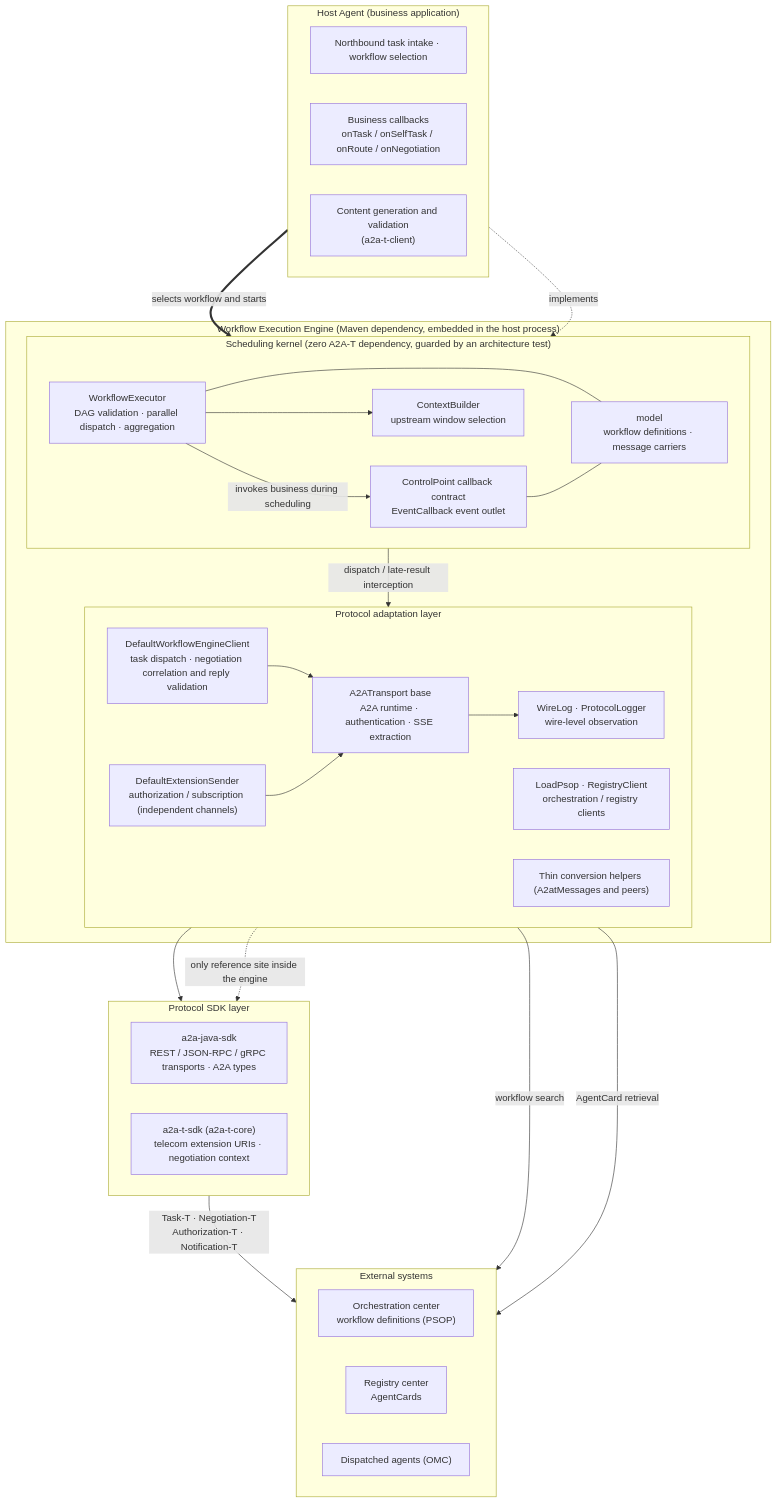
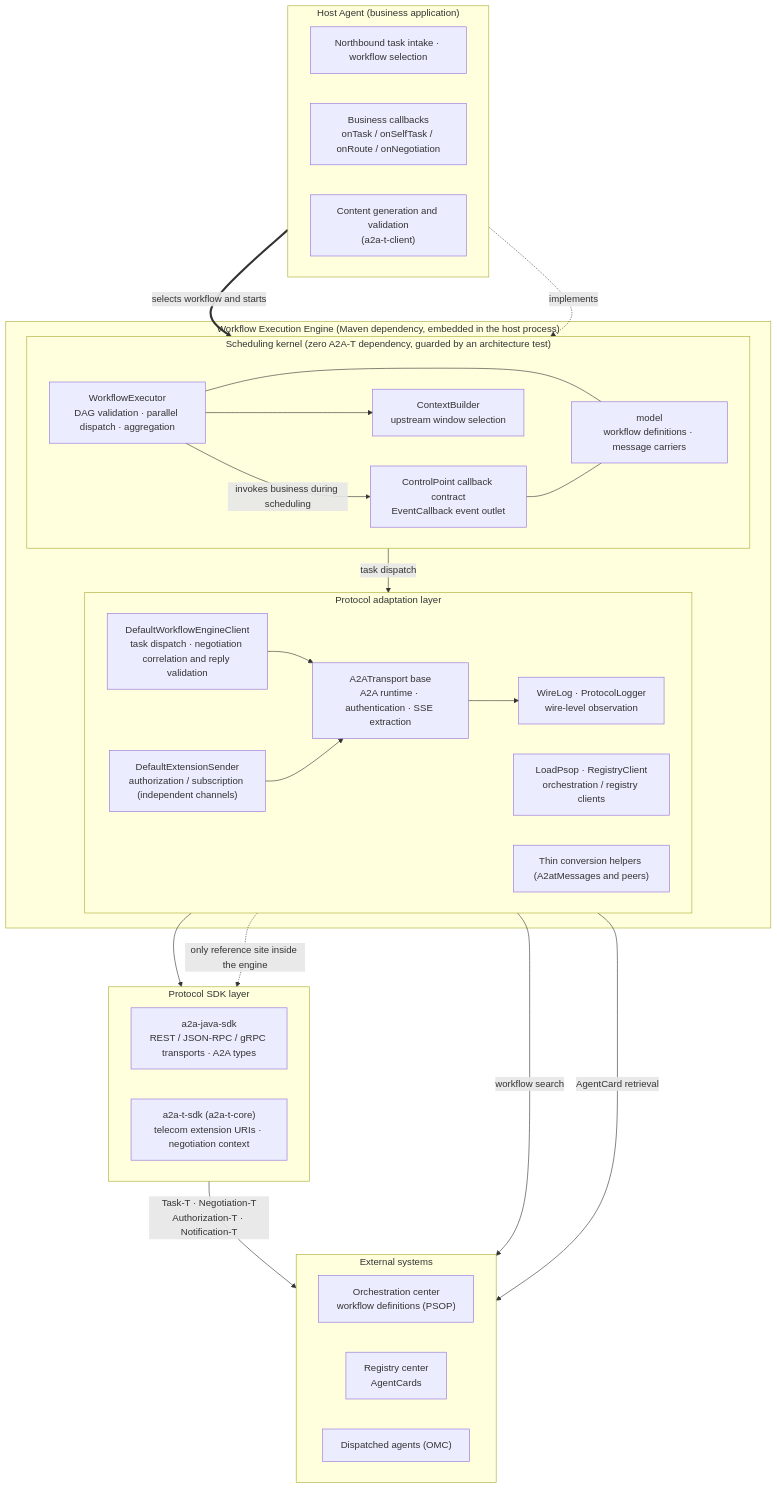
Before and after one commit to Zhoujie628/workflow-engine-sdk-java: the third of 5 diagrams in docs/en/DESIGN.md, drawn with Mermaid. The commit also changed other lines of this file and 1 other file, not shown here.

First line of the commit message:
docs: use precise wording for the late-result guarantee

````diff
--- a/docs/en/DESIGN.md
+++ b/docs/en/DESIGN.md
@@ -131,57 +131,57 @@
 ```mermaid
 flowchart TB
     subgraph HOST["Host Agent (business application)"]
         direction LR
         WB["Northbound task intake · workflow selection"]
         BIZ["Business callbacks<br/>onTask / onSelfTask / onRoute / onNegotiation"]
         GEN["Content generation and validation<br/>(a2a-t-client)"]
     end
 
     subgraph ENGINE["Workflow Execution Engine (Maven dependency, embedded in the host process)"]
         subgraph KERNEL["Scheduling kernel (zero A2A-T dependency, guarded by an architecture test)"]
             direction LR
             EXE["WorkflowExecutor<br/>DAG validation · parallel dispatch · aggregation"]
             CTXB["ContextBuilder<br/>upstream window selection"]
             CP["ControlPoint callback contract<br/>EventCallback event outlet"]
             MODEL["model<br/>workflow definitions · message carriers"]
         end
         subgraph ADAPTER["Protocol adaptation layer"]
             direction LR
             WEC["DefaultWorkflowEngineClient<br/>task dispatch · negotiation correlation and reply validation"]
             EXT["DefaultExtensionSender<br/>authorization / subscription (independent channels)"]
             TRANS["A2ATransport base<br/>A2A runtime · authentication · SSE extraction"]
             OBSV["WireLog · ProtocolLogger<br/>wire-level observation"]
             REGC["LoadPsop · RegistryClient<br/>orchestration / registry clients"]
             MSG["Thin conversion helpers (A2atMessages and peers)"]
         end
     end
 
     subgraph SDK["Protocol SDK layer"]
         direction LR
         A2AJ["a2a-java-sdk<br/>REST / JSON-RPC / gRPC transports · A2A types"]
         A2ATC["a2a-t-sdk (a2a-t-core)<br/>telecom extension URIs · negotiation context"]
     end
 
     subgraph SYS["External systems"]
         direction LR
         ORCH["Orchestration center<br/>workflow definitions (PSOP)"]
         REGT["Registry center<br/>AgentCards"]
         OMC["Dispatched agents (OMC)"]
     end
 
     WB ==>|"selects workflow and starts"| EXE
     BIZ -.->|"implements"| CP
     EXE -->|"invokes business during scheduling"| CP
     EXE --- MODEL
     CP --- MODEL
     EXE --> CTXB
-    EXE -->|"dispatch / late-result interception"| WEC
+    EXE -->|"task dispatch"| WEC
     WEC --> TRANS
     EXT --> TRANS
     TRANS --> OBSV
     TRANS --> A2AJ
     MSG -.->|"only reference site inside the engine"| A2ATC
     A2AJ -->|"Task-T · Negotiation-T<br/>Authorization-T · Notification-T"| OMC
     REGC -->|"workflow search"| ORCH
     REGC -->|"AgentCard retrieval"| REGT
 ```
````
